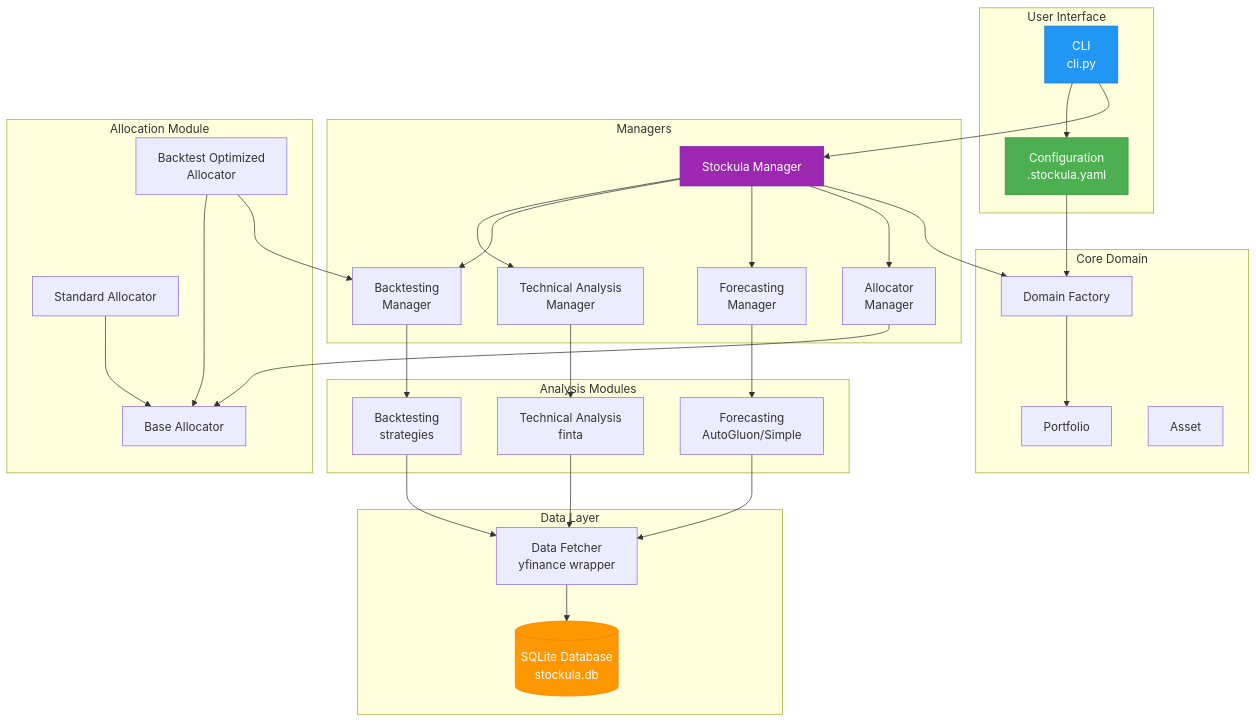
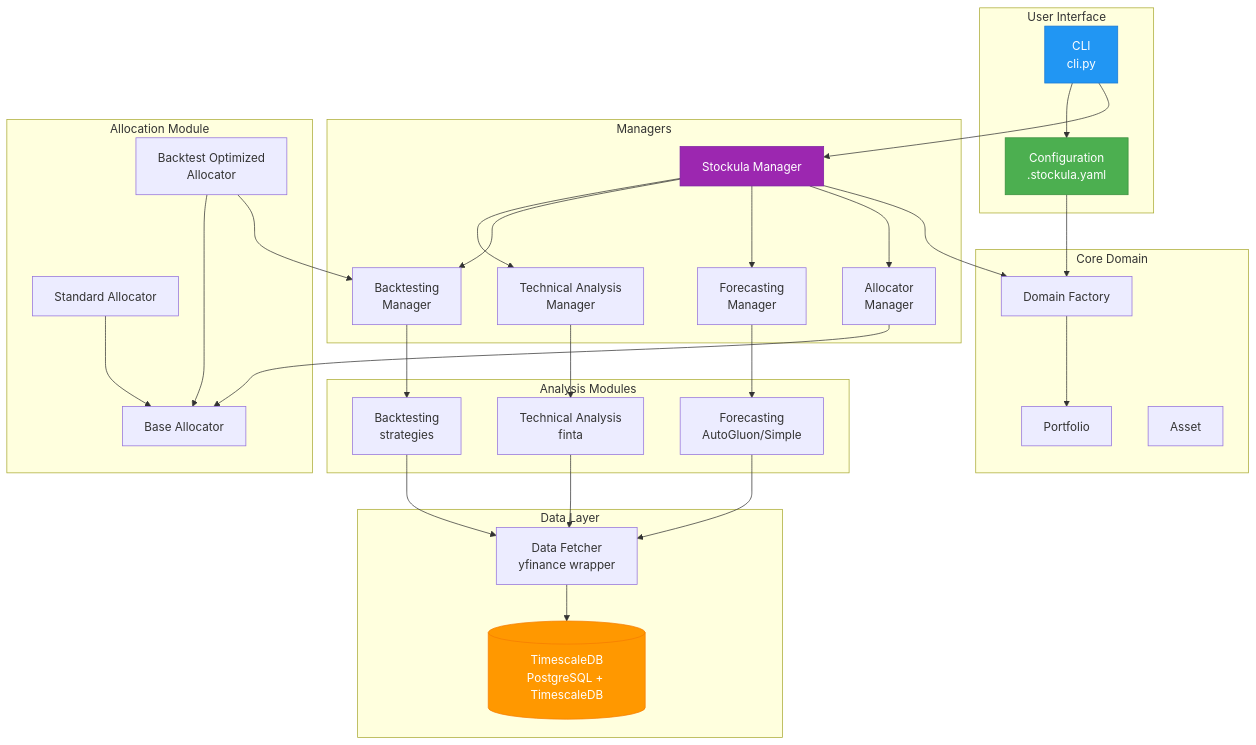
One commit to mkm29/stockula changed the first of 2 diagrams in README.md. Above: the diagram before and after it, drawn with Mermaid. The commit also changed other lines of this file and 59 other files, not shown here.

````diff
--- a/README.md
+++ b/README.md
@@ -420,64 +440,64 @@
 ```mermaid
 graph TB
     subgraph "User Interface"
         CLI["CLI<br/>cli.py"]
         Config["Configuration<br/>.stockula.yaml"]
     end
 
     subgraph "Managers"
         SM["Stockula Manager"]
         TAM["Technical Analysis<br/>Manager"]
         BTM["Backtesting<br/>Manager"]
         FCM["Forecasting<br/>Manager"]
         ALM["Allocator<br/>Manager"]
     end
 
     subgraph "Core Domain"
         Factory["Domain Factory"]
         Portfolio["Portfolio"]
         Asset["Asset"]
     end
 
     subgraph "Allocation Module"
         Allocator["Base Allocator"]
         STD["Standard Allocator"]
         OPT["Backtest Optimized<br/>Allocator"]
     end
 
     subgraph "Data Layer"
         Fetcher["Data Fetcher<br/>yfinance wrapper"]
-        DB[("SQLite Database<br/>stockula.db")]
+        DB[("TimescaleDB<br/>PostgreSQL + TimescaleDB")]
     end
 
     subgraph "Analysis Modules"
         TA["Technical Analysis<br/>finta"]
         BT["Backtesting<br/>strategies"]
         FC["Forecasting<br/>AutoGluon/Simple"]
     end
 
     CLI --> Config
     CLI --> SM
     SM --> TAM
     SM --> BTM
     SM --> FCM
     SM --> ALM
     SM --> Factory
     Config --> Factory
     Factory --> Portfolio
     ALM --> Allocator
     STD --> Allocator
     OPT --> Allocator
     OPT --> BTM
     TAM --> TA
     BTM --> BT
     FCM --> FC
     TA --> Fetcher
     BT --> Fetcher
     FC --> Fetcher
     Fetcher --> DB
 
     style CLI fill:#2196F3,stroke:#1976D2,color:#fff
     style SM fill:#9C27B0,stroke:#7B1FA2,color:#fff
     style Config fill:#4CAF50,stroke:#388E3C,color:#fff
     style DB fill:#FF9800,stroke:#F57C00,color:#fff
 ```
````
